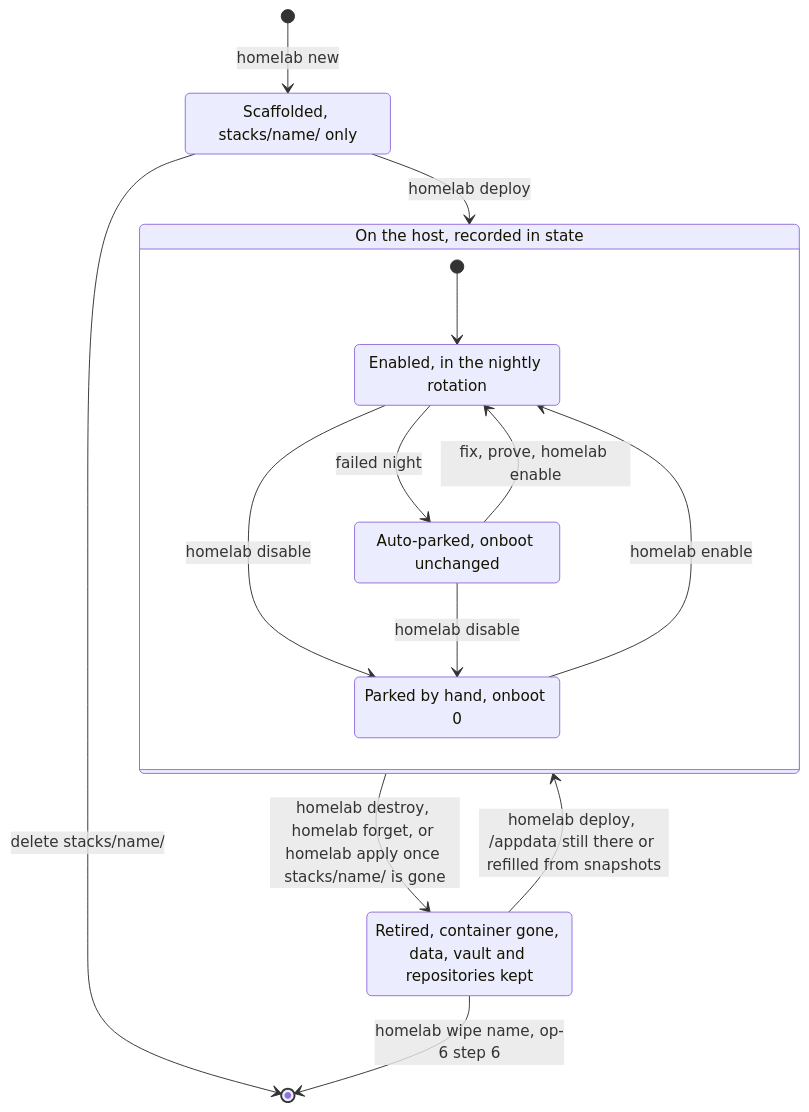
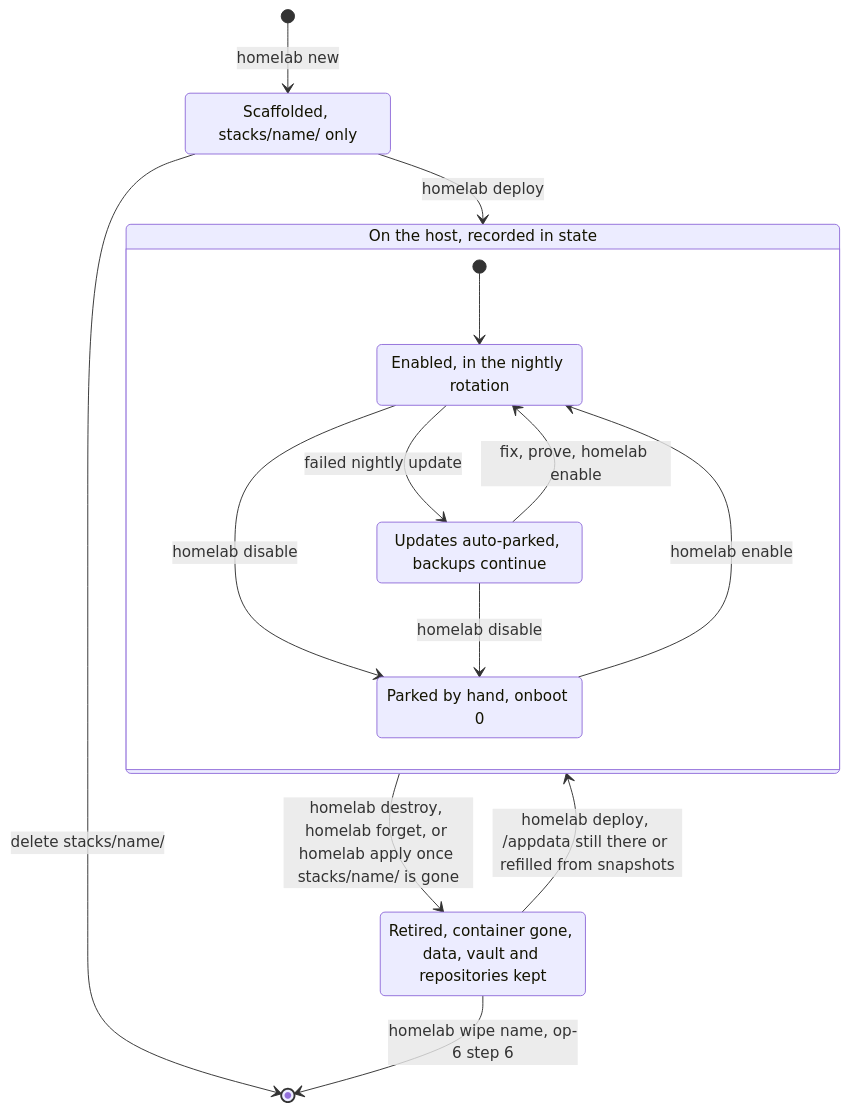
Before and after one commit to kennypassenier/homelab: the second of 6 diagrams in docs/OPERATIONS_RUNBOOK.md, drawn with Mermaid. The commit also changed other lines of this file and 11 other files, not shown here.

First line of the commit message:
fix: a failed night parks the updates, never the backups [fix-59]

````diff
--- a/docs/OPERATIONS_RUNBOOK.md
+++ b/docs/OPERATIONS_RUNBOOK.md
@@ -347,24 +347,24 @@
 ```mermaid
 stateDiagram-v2
     state "Scaffolded, stacks/name/ only" as Scaffolded
     state "Retired, container gone, data, vault and repositories kept" as Removed
     state "Enabled, in the nightly rotation" as Enabled
     state "Parked by hand, onboot 0" as ParkedByHand
-    state "Auto-parked, onboot unchanged" as AutoParked
+    state "Updates auto-parked, backups continue" as AutoParked
     state "On the host, recorded in state" as OnHost
 
     [*] --> Scaffolded: homelab new
     Scaffolded --> [*]: delete stacks/name/
     Scaffolded --> OnHost: homelab deploy
     state OnHost {
         [*] --> Enabled
         Enabled --> ParkedByHand: homelab disable
-        Enabled --> AutoParked: failed night
+        Enabled --> AutoParked: failed nightly update
         AutoParked --> ParkedByHand: homelab disable
         ParkedByHand --> Enabled: homelab enable
         AutoParked --> Enabled: fix, prove, homelab enable
     }
     OnHost --> Removed: homelab destroy, homelab forget, or homelab apply once stacks/name/ is gone
     Removed --> OnHost: homelab deploy, /appdata still there or refilled from snapshots
     Removed --> [*]: homelab wipe name, op-6 step 6
 ```
````
